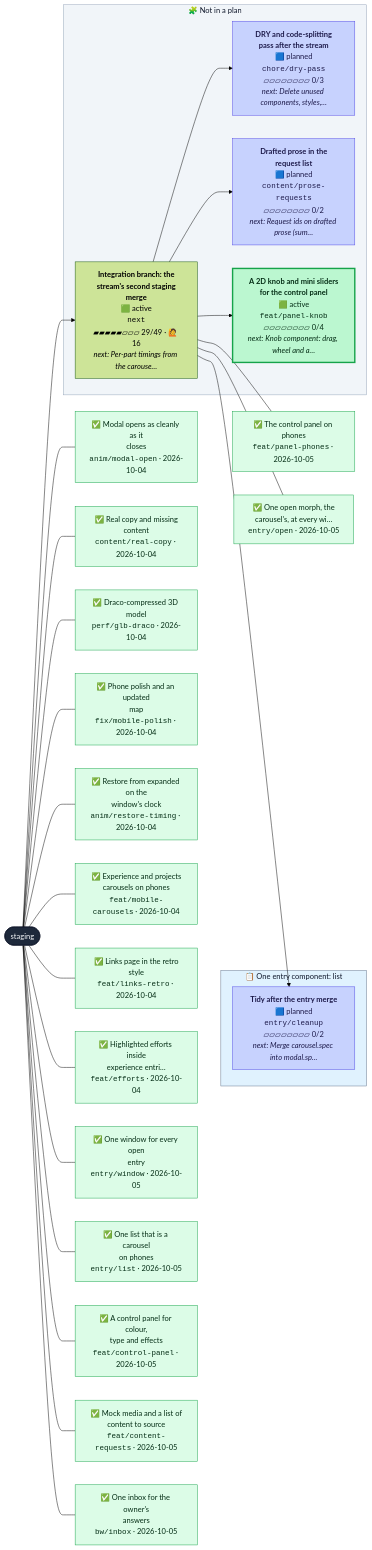
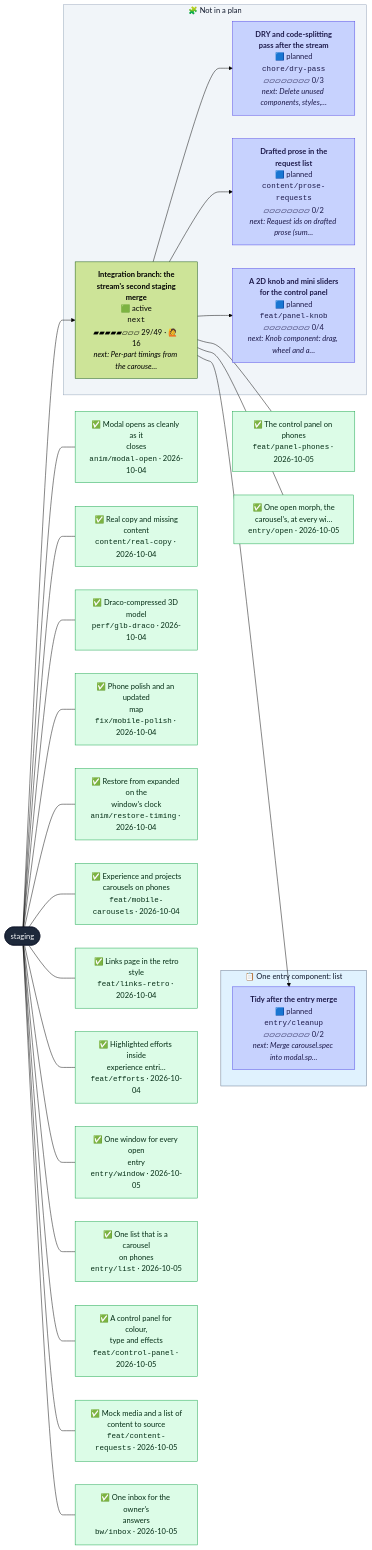
The second of 2 diagrams in CONTRIBUTING.md (henryjonescodes/portfolio), drawn with Mermaid (forest theme) before and after one commit. The commit also changed other lines of this file and 1 other file, not shown here.

````diff
--- a/CONTRIBUTING.md
+++ b/CONTRIBUTING.md
@@ -78,80 +66,80 @@
 ```mermaid
 flowchart LR
   n_staging([staging])
   class n_staging trunk
   subgraph plan_0["📋 One entry component: list"]
     n_entry_cleanup["<b>Tidy after the entry merge</b><br/>🟦 planned<br/><code>entry/cleanup</code><br/>▱▱▱▱▱▱▱▱ 0/2<br/><i>next: Merge carousel.spec into modal.sp…</i>"]
     class n_entry_cleanup planned
   end
   style plan_0 fill:#e0f2fe,stroke:#64748b,color:#0f172a
   subgraph loose["🧩 Not in a plan"]
     n_chore_dry_pass["<b>DRY and code-splitting<br/>pass after the stream</b><br/>🟦 planned<br/><code>chore/dry-pass</code><br/>▱▱▱▱▱▱▱▱ 0/3<br/><i>next: Delete unused components, styles,…</i>"]
     class n_chore_dry_pass planned
     n_content_prose_requests["<b>Drafted prose in the<br/>request list</b><br/>🟦 planned<br/><code>content/prose-requests</code><br/>▱▱▱▱▱▱▱▱ 0/2<br/><i>next: Request ids on drafted prose (sum…</i>"]
     class n_content_prose_requests planned
-    n_feat_panel_knob["<b>A 2D knob and mini sliders<br/>for the control panel</b><br/>🟩 active<br/><code>feat/panel-knob</code><br/>▱▱▱▱▱▱▱▱ 0/4<br/><i>next: Knob component: drag, wheel and a…</i>"]
-    class n_feat_panel_knob active
+    n_feat_panel_knob["<b>A 2D knob and mini sliders<br/>for the control panel</b><br/>🟦 planned<br/><code>feat/panel-knob</code><br/>▱▱▱▱▱▱▱▱ 0/4<br/><i>next: Knob component: drag, wheel and a…</i>"]
+    class n_feat_panel_knob planned
     n_next["<b>Integration branch: the<br/>stream's second staging<br/>merge</b><br/>🟩 active<br/><code>next</code><br/>▰▰▰▰▰▱▱▱ 29/49 · 🙋 16<br/><i>next: Per-part timings from the carouse…</i>"]
     class n_next active,current
   end
   style loose fill:#f1f5f9,stroke:#94a3b8,color:#0f172a
   n_next --> n_chore_dry_pass
   n_next --> n_content_prose_requests
   n_next --> n_entry_cleanup
   n_next --> n_feat_panel_knob
   n_staging --> n_next
   landed_0["✅ Modal opens as cleanly as it<br/>closes<br/><code>anim/modal-open</code> · 2026-10-04"]
   class landed_0 merged
   n_staging --- landed_0
   landed_1["✅ Real copy and missing<br/>content<br/><code>content/real-copy</code> · 2026-10-04"]
   class landed_1 merged
   n_staging --- landed_1
   landed_2["✅ Draco-compressed 3D model<br/><code>perf/glb-draco</code> · 2026-10-04"]
   class landed_2 merged
   n_staging --- landed_2
   landed_3["✅ Phone polish and an updated<br/>map<br/><code>fix/mobile-polish</code> · 2026-10-04"]
   class landed_3 merged
   n_staging --- landed_3
   landed_4["✅ Restore from expanded on the<br/>window's clock<br/><code>anim/restore-timing</code> · 2026-10-04"]
   class landed_4 merged
   n_staging --- landed_4
   landed_5["✅ Experience and projects<br/>carousels on phones<br/><code>feat/mobile-carousels</code> · 2026-10-04"]
   class landed_5 merged
   n_staging --- landed_5
   landed_6["✅ Links page in the retro<br/>style<br/><code>feat/links-retro</code> · 2026-10-04"]
   class landed_6 merged
   n_staging --- landed_6
   landed_7["✅ Highlighted efforts inside<br/>experience entri…<br/><code>feat/efforts</code> · 2026-10-04"]
   class landed_7 merged
   n_staging --- landed_7
   landed_8["✅ One window for every open<br/>entry<br/><code>entry/window</code> · 2026-10-05"]
   class landed_8 merged
   n_staging --- landed_8
   landed_9["✅ One list that is a carousel<br/>on phones<br/><code>entry/list</code> · 2026-10-05"]
   class landed_9 merged
   n_staging --- landed_9
   landed_10["✅ A control panel for colour,<br/>type and effects<br/><code>feat/control-panel</code> · 2026-10-05"]
   class landed_10 merged
   n_staging --- landed_10
   landed_11["✅ Mock media and a list of<br/>content to source<br/><code>feat/content-requests</code> · 2026-10-05"]
   class landed_11 merged
   n_staging --- landed_11
   landed_12["✅ One inbox for the owner's<br/>answers<br/><code>bw/inbox</code> · 2026-10-05"]
   class landed_12 merged
   n_staging --- landed_12
   landed_13["✅ The control panel on phones<br/><code>feat/panel-phones</code> · 2026-10-05"]
   class landed_13 merged
   n_next --- landed_13
   landed_14["✅ One open morph, the<br/>carousel's, at every wi…<br/><code>entry/open</code> · 2026-10-05"]
   class landed_14 merged
   n_next --- landed_14
   classDef merged fill:#dcfce7,stroke:#16a34a,color:#052e16
   classDef todo fill:#ffffff,stroke:#94a3b8,stroke-dasharray:2 2,color:#334155
   classDef planned fill:#c7d2fe,stroke:#4f46e5,color:#1e1b4b
   classDef sketched fill:#f8fafc,stroke:#64748b,stroke-dasharray:4 3,color:#334155
   classDef active fill:#bbf7d0,stroke:#16a34a,stroke-width:3px,color:#052e16
   classDef review fill:#fde68a,stroke:#d97706,stroke-width:3px,color:#451a03
   classDef blocked fill:#fecaca,stroke:#dc2626,stroke-width:3px,color:#450a0a
   classDef trunk fill:#1e293b,stroke:#0f172a,color:#f8fafc
   classDef current stroke:#0ea5e9,stroke-width:5px
 ```
````
